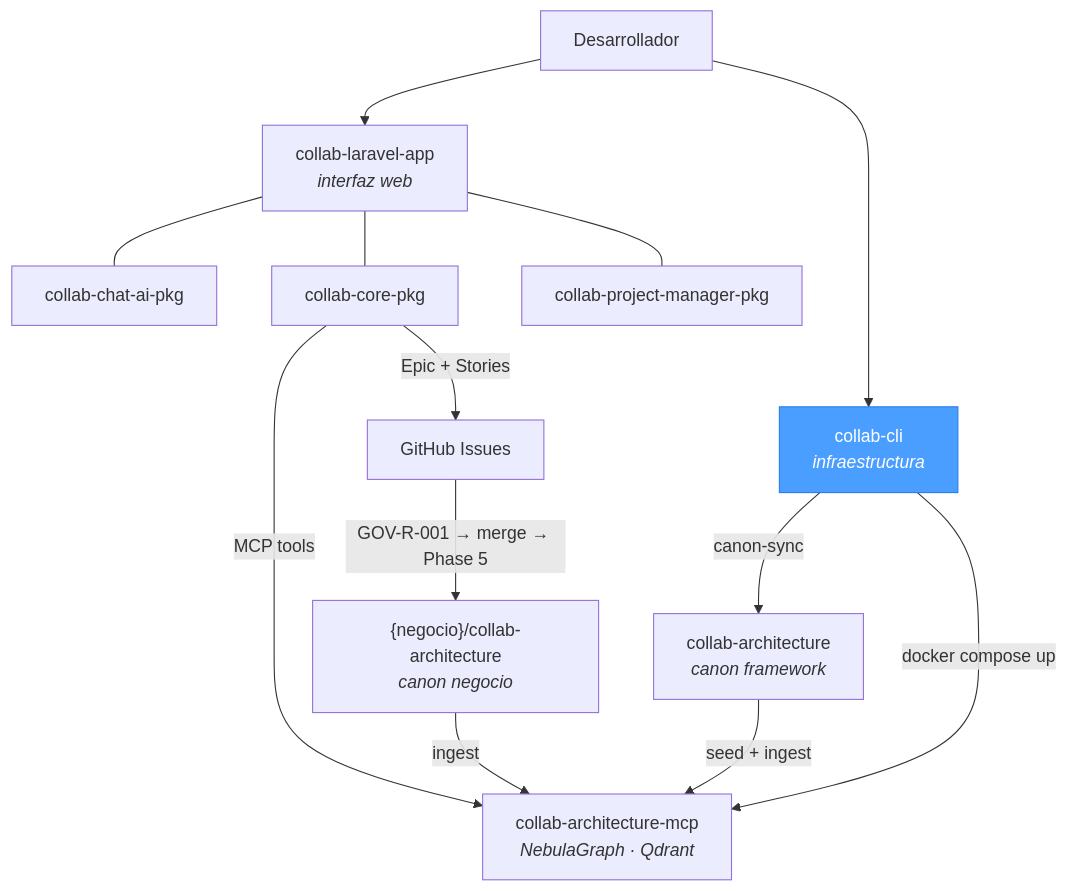
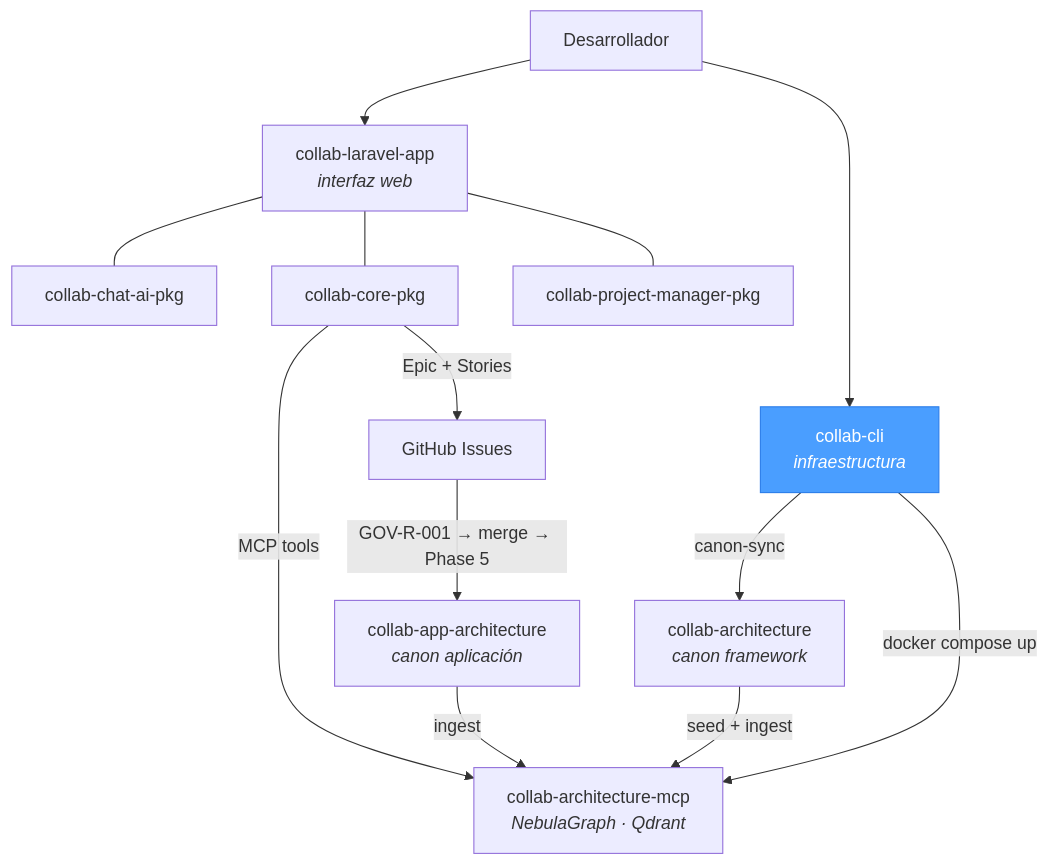
One commit to uxmaltech/collab-cli changed the diagram in README.md. Above: the diagram before and after it, drawn with Mermaid.

Commit message:
docs: update ecosystem diagram with collab-app-architecture

````diff
--- a/README.md
+++ b/README.md
@@ -7,20 +7,20 @@
 ```mermaid
 graph TD
     DEV[Desarrollador] --> APP[collab-laravel-app<br><i>interfaz web</i>]
     DEV --> CLI[collab-cli<br><i>infraestructura</i>]
 
     APP --- CHAT[collab-chat-ai-pkg]
     APP --- CORE[collab-core-pkg]
     APP --- PM[collab-project-manager-pkg]
 
     CLI -- canon-sync --> CA[collab-architecture<br><i>canon framework</i>]
     CLI -- docker compose up --> MCP[collab-architecture-mcp<br><i>NebulaGraph · Qdrant</i>]
     CA -- seed + ingest --> MCP
 
     CORE -- MCP tools --> MCP
     CORE -- "Epic + Stories" --> GH[GitHub Issues]
-    GH -- "GOV-R-001 → merge → Phase 5" --> BCA["{negocio}/collab-architecture<br><i>canon negocio</i>"]
+    GH -- "GOV-R-001 → merge → Phase 5" --> BCA[collab-app-architecture<br><i>canon aplicación</i>]
     BCA -- ingest --> MCP
 
     style CLI fill:#4a9eff,stroke:#2b7de9,color:#fff
 ```
````
